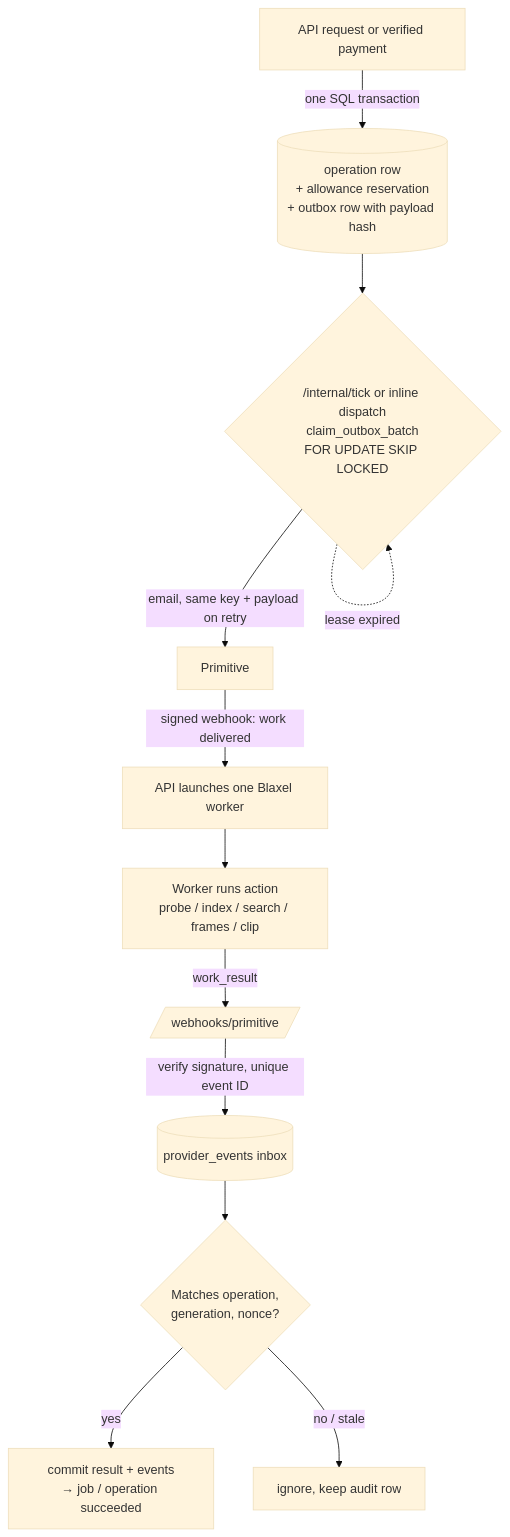
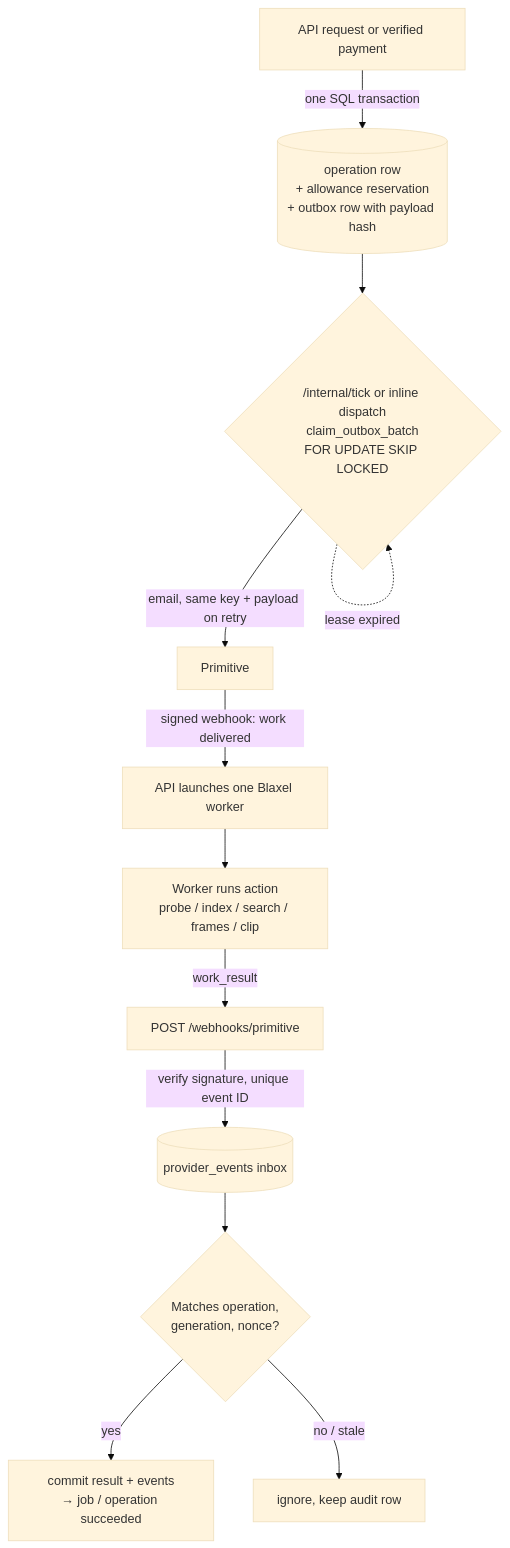
Before and after one commit to ankitshah009/mediapack: the third of 5 diagrams in README.md, drawn with Mermaid (base theme). The commit also changed other lines of this file, not shown here.

First line of the commit message:
docs: fix README diagrams that failed or rendered poorly on GitHub

````diff
--- a/README.md
+++ b/README.md
@@ -116,14 +113,14 @@
 ```mermaid
 flowchart TD
   R[API request or verified payment] -->|one SQL transaction| T[(operation row<br/>+ allowance reservation<br/>+ outbox row with payload hash)]
   T --> D{/internal/tick or inline dispatch<br/>claim_outbox_batch<br/>FOR UPDATE SKIP LOCKED}
   D -->|email, same key + payload on retry| P[Primitive]
   P -->|signed webhook: work delivered| L[API launches one Blaxel worker]
   L --> W[Worker runs action<br/>probe / index / search / frames / clip]
-  W -->|work_result| H[/webhooks/primitive/]
+  W -->|work_result| H["POST /webhooks/primitive"]
   H -->|verify signature, unique event ID| I[(provider_events inbox)]
   I --> C{Matches operation,<br/>generation, nonce?}
   C -->|yes| OK[commit result + events<br/>→ job / operation succeeded]
   C -->|no / stale| X[ignore, keep audit row]
   D -.lease expired.-> D
 ```
````
